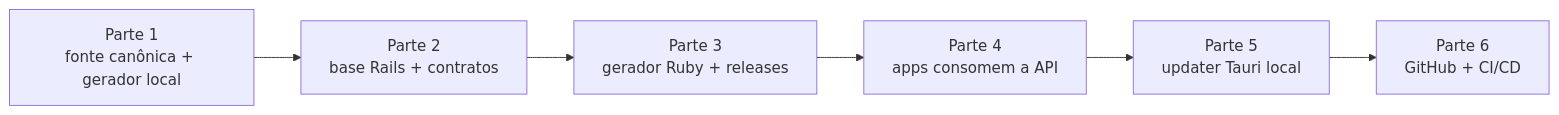
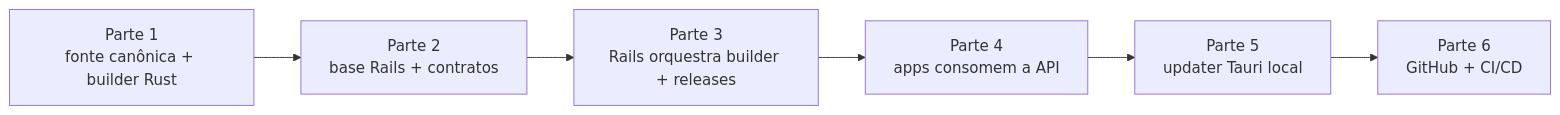
Before and after one commit to migmoroni/veterinary-clinic: the first of 3 diagrams in docs/plans/hub-server/README.md, drawn with Mermaid. The commit also changed other lines of this file and 7 other files, not shown here.

````diff
--- a/docs/plans/hub-server/README.md
+++ b/docs/plans/hub-server/README.md
@@ -27,11 +27,11 @@
 ```mermaid
 flowchart LR
-    P1["Parte 1<br/>fonte canônica + gerador local"]
+    P1["Parte 1<br/>fonte canônica + builder Rust"]
     P2["Parte 2<br/>base Rails + contratos"]
-    P3["Parte 3<br/>gerador Ruby + releases"]
+    P3["Parte 3<br/>Rails orquestra builder + releases"]
     P4["Parte 4<br/>apps consomem a API"]
     P5["Parte 5<br/>updater Tauri local"]
     P6["Parte 6<br/>GitHub + CI/CD"]
 
     P1 --> P2 --> P3 --> P4 --> P5 --> P6
 ```
````
